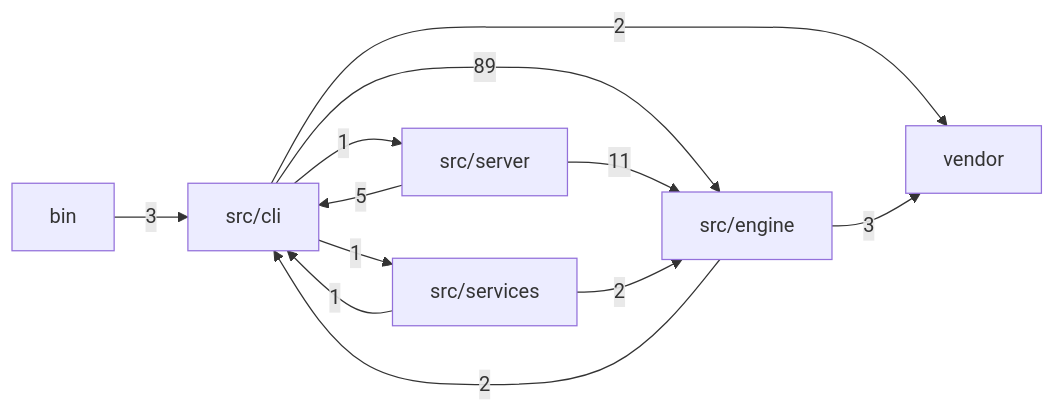
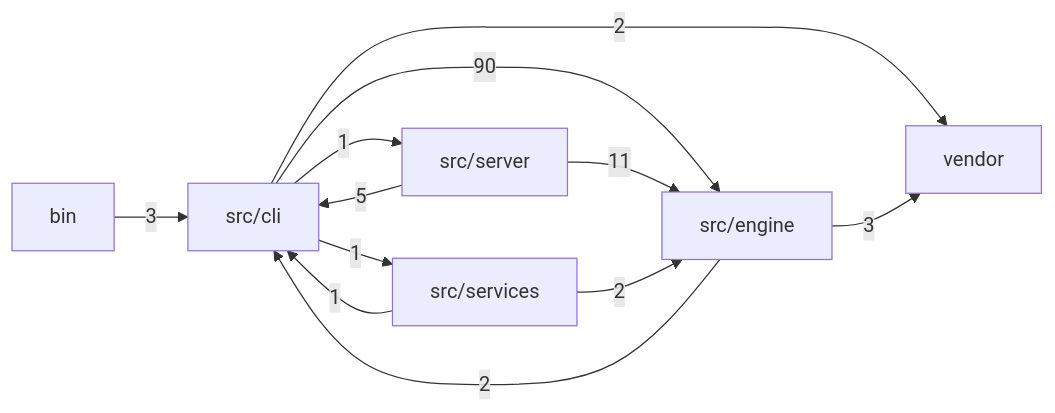
One commit to mgillr/memev changed the first of 2 diagrams in docs/MODULES.md. Above: the diagram before and after it, drawn with Mermaid. The commit also changed other lines of this file and 2 other files, not shown here.

Commit message:
I dispatched memev work impact through the work case with a production openStore port, and refreshed the module graph

````diff
--- a/docs/MODULES.md
+++ b/docs/MODULES.md
@@ -11,20 +11,20 @@
 ```mermaid
 flowchart LR
   bin["bin"]
   cli["src/cli"]
   engine["src/engine"]
   server["src/server"]
   services["src/services"]
   vendor["vendor"]
   bin -->|"3"| cli
-  cli -->|"89"| engine
+  cli -->|"90"| engine
   cli -->|"1"| server
   cli -->|"1"| services
   cli -->|"2"| vendor
   engine -->|"2"| cli
   engine -->|"3"| vendor
   server -->|"5"| cli
   server -->|"11"| engine
   services -->|"1"| cli
   services -->|"2"| engine
 ```
````
